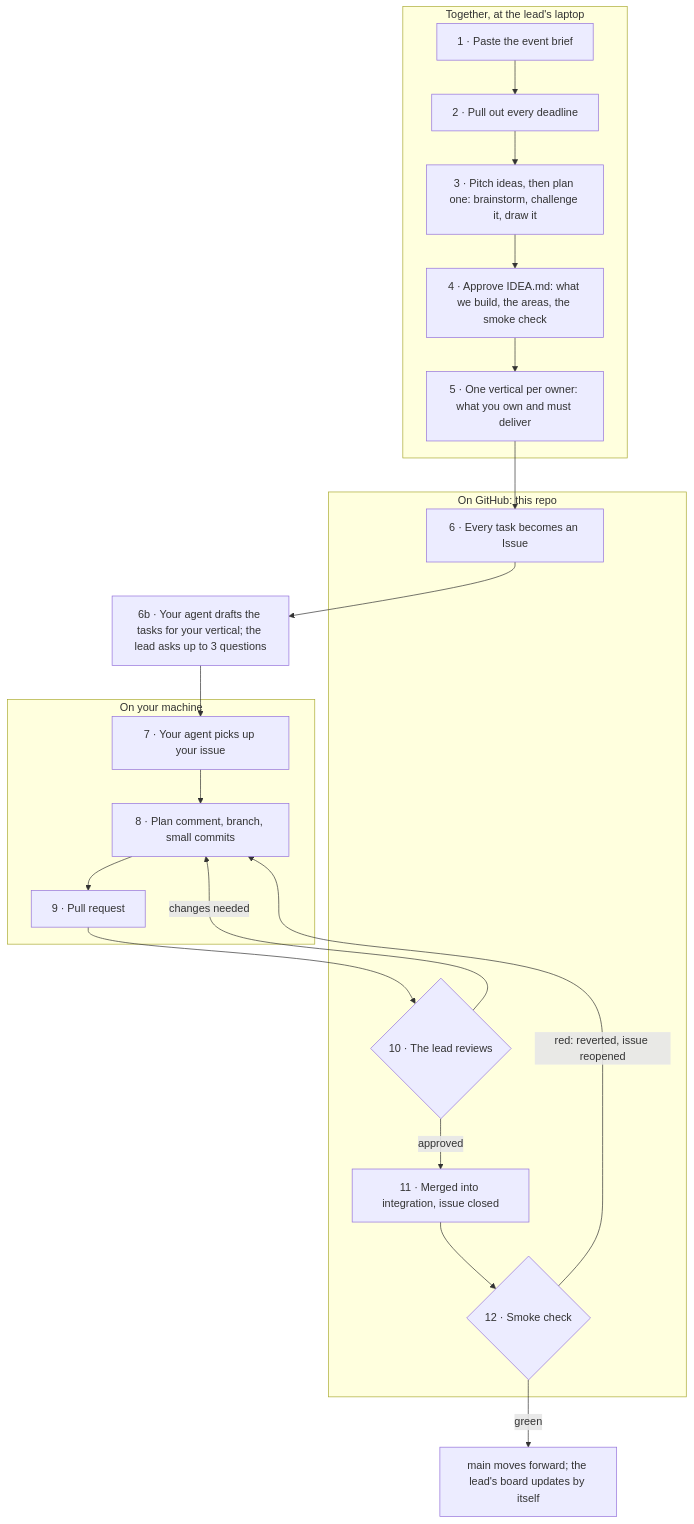
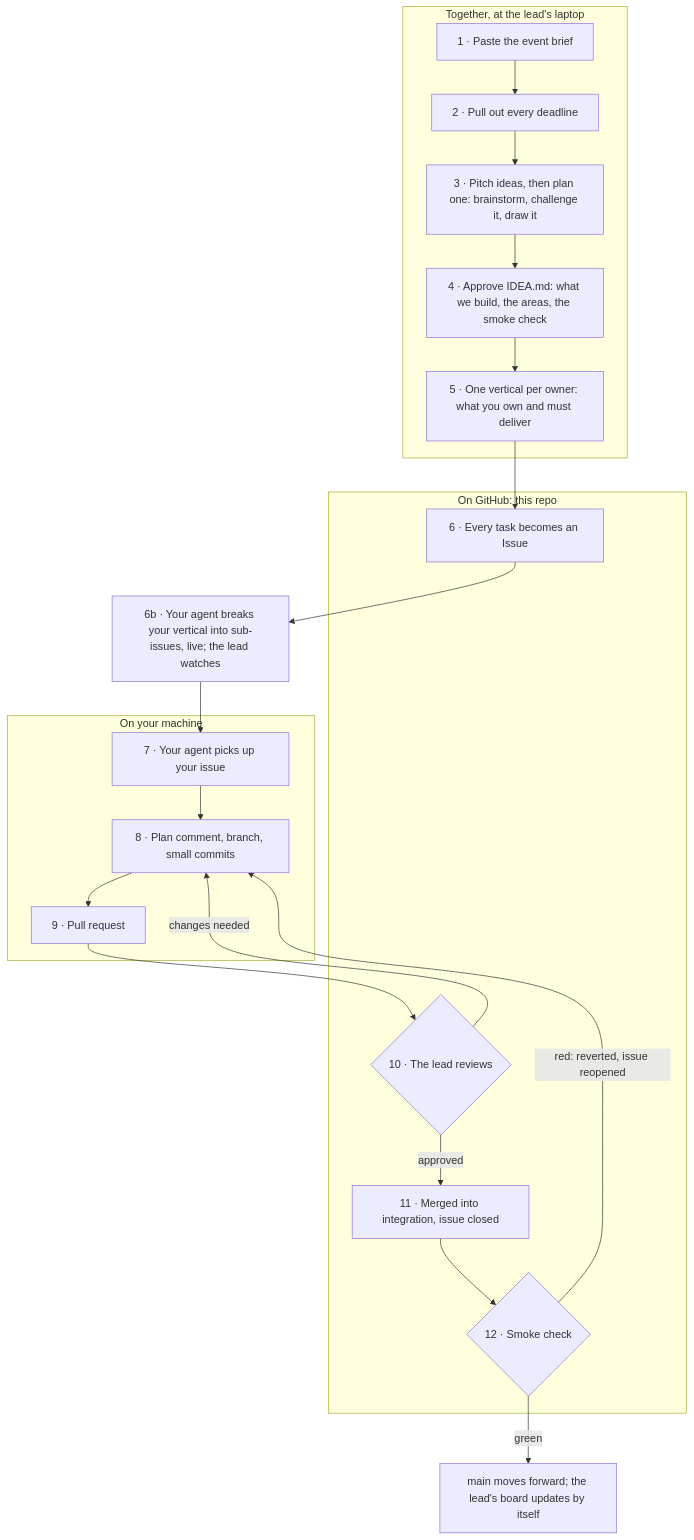
One commit to atiladeokegab/hackathon_teamwork changed the first of 5 diagrams in README.md. Above: the diagram before and after it, drawn with Mermaid. The commit also changed other lines of this file and 2 other files, not shown here.

Commit message:
docs: designer builds the mockup; verticals break down live, with the line and FLAG

````diff
--- a/README.md
+++ b/README.md
@@ -35,26 +35,26 @@
 ```mermaid
 flowchart TB
     subgraph LEAD["Together, at the lead's laptop"]
         A["1 · Paste the event brief"] --> B["2 · Pull out every deadline"]
         B --> C["3 · Pitch ideas, then plan one: brainstorm, challenge it, draw it"]
         C --> D["4 · Approve IDEA.md: what we build, the areas, the smoke check"]
         D --> E["5 · One vertical per owner: what you own and must deliver"]
     end
     subgraph GH["On GitHub: this repo"]
         F["6 · Every task becomes an Issue"]
         R{"10 · The lead reviews"}
         M["11 · Merged into integration, issue closed"]
         S{"12 · Smoke check"}
     end
     subgraph YOU["On your machine"]
         G["7 · Your agent picks up your issue"] --> H["8 · Plan comment, branch, small commits"]
         H --> I["9 · Pull request"]
     end
-    E --> F --> V["6b · Your agent drafts the tasks for your vertical; the lead asks up to 3 questions"] --> G
+    E --> F --> V["6b · Your agent breaks your vertical into sub-issues, live; the lead watches"] --> G
     I --> R
     R -- "changes needed" --> H
     R -- "approved" --> M
     M --> S
     S -- "green" --> N["main moves forward; the lead's board updates by itself"]
     S -- "red: reverted, issue reopened" --> H
 ```
````
